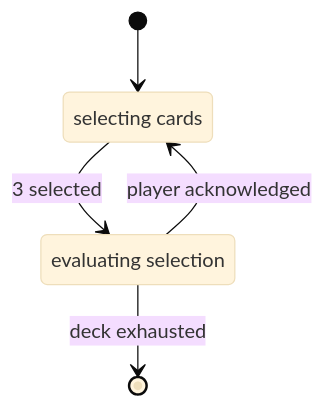
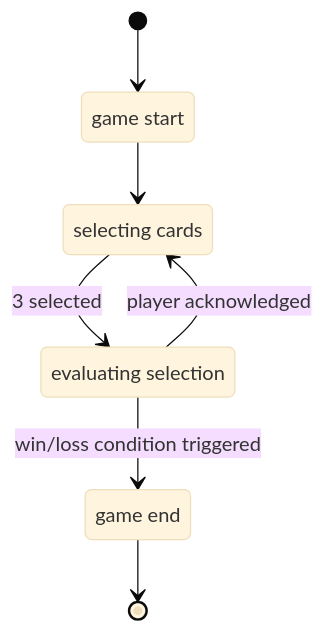
One commit to sarah-j-smith/cs193p-tuto changed the first of 4 diagrams in assign3-xtra/README.md. Above: the diagram before and after it, drawn with Mermaid (base theme). The commit also changed 27 other files, not shown here.

````diff
--- a/assign3-xtra/README.md
+++ b/assign3-xtra/README.md
@@ -93,9 +93,13 @@
 ```mermaid
 stateDiagram-v2
+    state "game start" as B
     state "selecting cards" as S
     state "evaluating selection" as E
-    [*] --> S
+    state "game end" as G
+    [*] --> B
+    B --> S
     S --> E: 3 selected
     E --> S: player acknowledged
-    E --> [*]: deck exhausted
+    E --> G: win/loss condition triggered
+    G --> [*]
 ```
````
